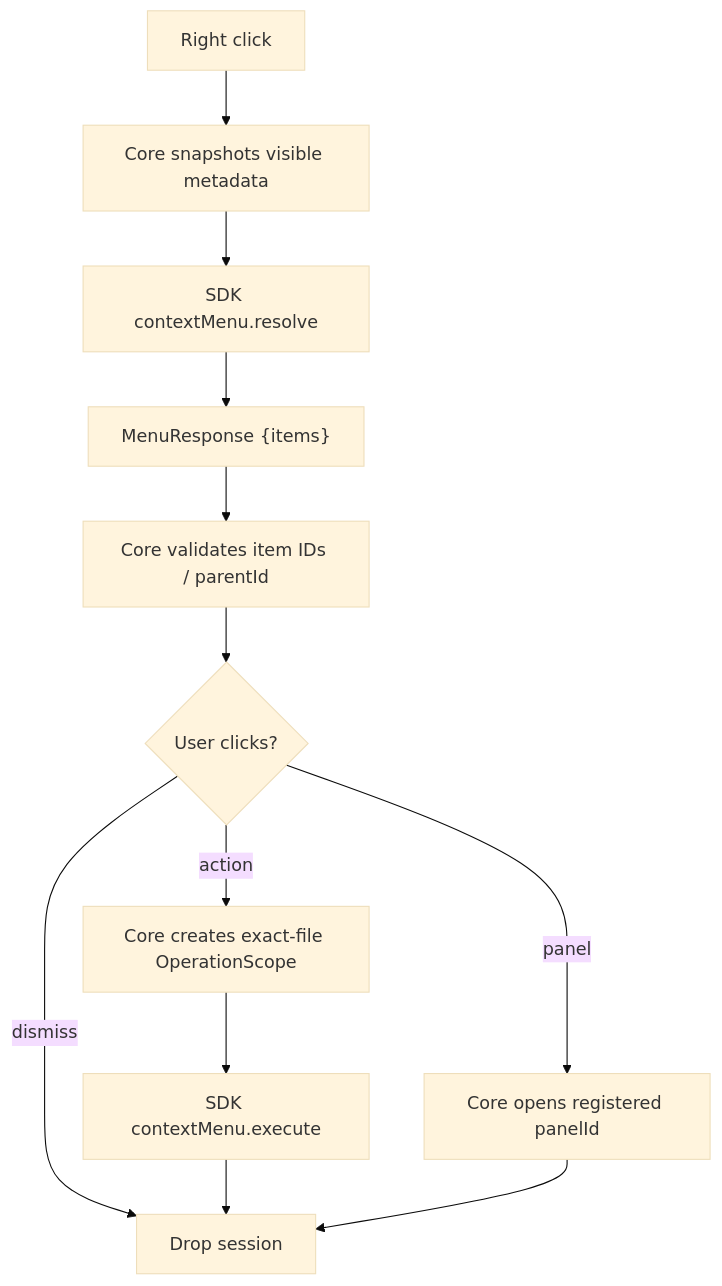
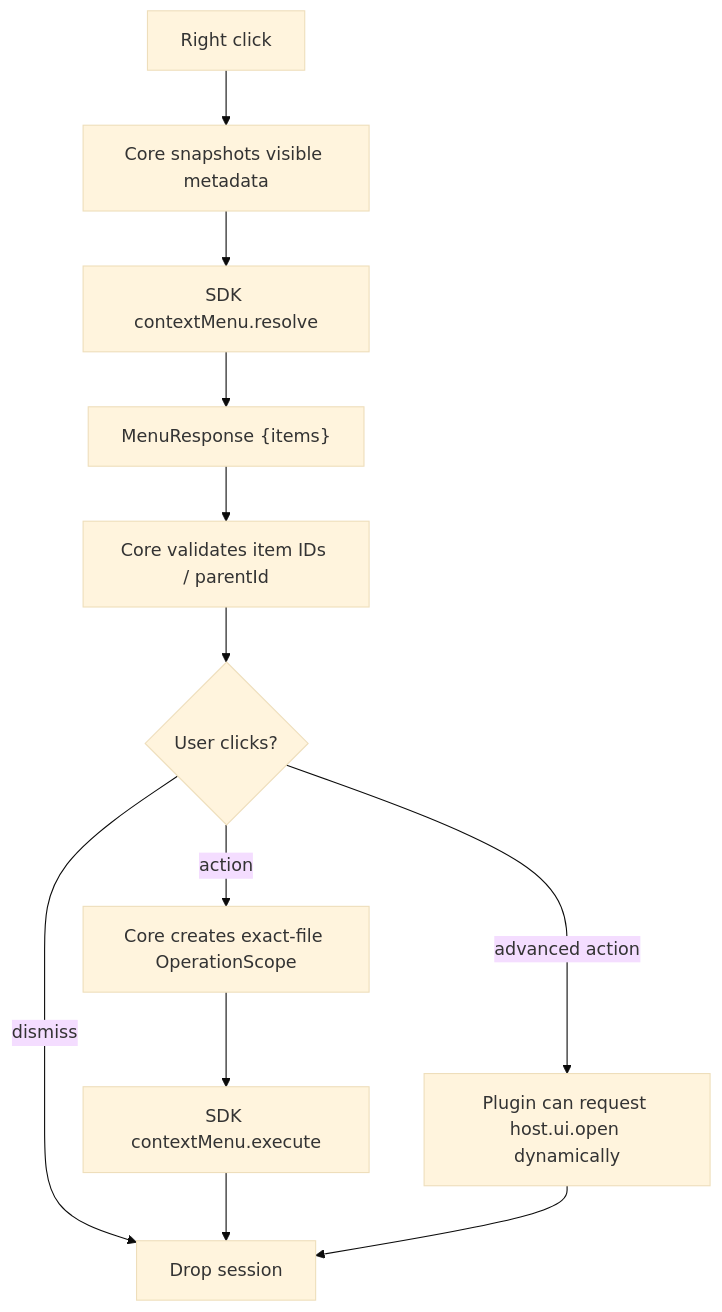
One commit to kevinhuang001/fiex changed the first of 3 diagrams in docs/plugins/04-SDK-CATALOG.md. Above: the diagram before and after it, drawn with Mermaid (base theme). The commit also changed other lines of this file and 10 other files, not shown here.

````diff
--- a/docs/plugins/04-SDK-CATALOG.md
+++ b/docs/plugins/04-SDK-CATALOG.md
@@ -96,14 +95,14 @@
 ```mermaid
 flowchart TD
   User["Right click"] --> Core["Core snapshots visible metadata"]
   Core --> Resolve["SDK contextMenu.resolve"]
   Resolve --> Items["MenuResponse {items}"]
   Items --> CoreBuild["Core validates item IDs / parentId"]
   CoreBuild --> Select{"User clicks?"}
   Select -->|action| Grant["Core creates exact-file OperationScope"]
   Grant --> Execute["SDK contextMenu.execute"]
-  Select -->|panel| Panel["Core opens registered panelId"]
+  Select -->|advanced action| Panel["Plugin can request host.ui.open dynamically"]
   Select -->|dismiss| End["Drop session"]
   Execute --> End
   Panel --> End
 ```
````
